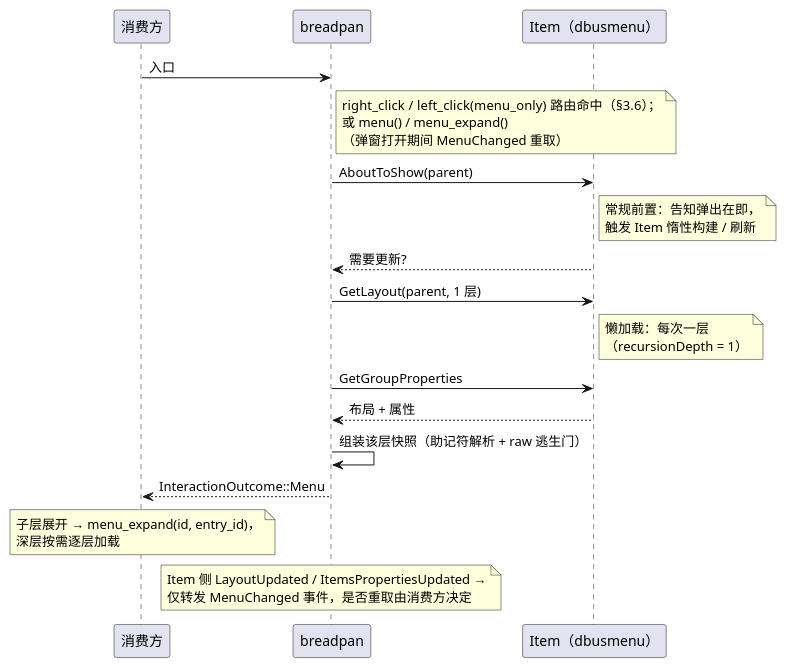
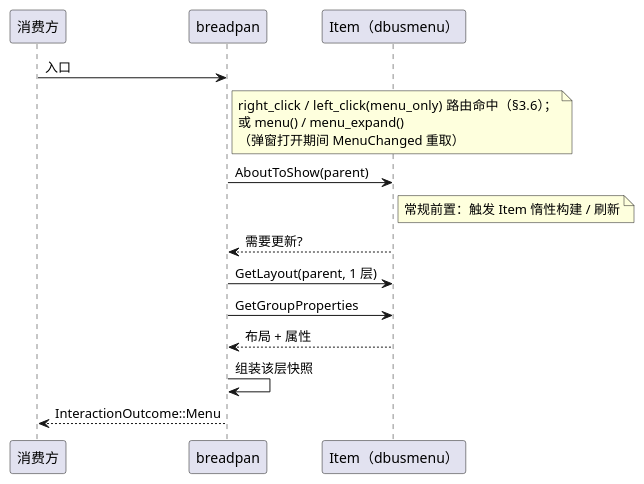
The diagram in breadpan/diagram/breadpan-menu.puml (54m43lJ/BreadKnife), drawn with PlantUML before and after one commit. The commit also changed 10 other files, not shown here.

First line of the commit message:
docs(breadpan): CODE 通用约定章置空（引用改链 ARCHITECTURE §2）；五图与 ARCH 正文去重并重导出

```diff
--- a/breadpan/diagram/breadpan-menu.puml
+++ b/breadpan/diagram/breadpan-menu.puml
@@ -1,35 +1,22 @@
 @startuml breadpan-menu
 participant 消费方
 participant breadpan
 participant "Item（dbusmenu）" as item
 
 消费方 -> breadpan: 入口
 note right of breadpan
   right_click / left_click(menu_only) 路由命中（§3.6）；
   或 menu() / menu_expand()
   （弹窗打开期间 MenuChanged 重取）
 end note
 breadpan -> item: AboutToShow(parent)
 note right of item
-  常规前置：告知弹出在即，
-  触发 Item 惰性构建 / 刷新
+  常规前置：触发 Item 惰性构建 / 刷新
 end note
 item --> breadpan: 需要更新?
 breadpan -> item: GetLayout(parent, 1 层)
-note right of item
-  懒加载：每次一层
-  （recursionDepth = 1）
-end note
 breadpan -> item: GetGroupProperties
 item --> breadpan: 布局 + 属性
-breadpan -> breadpan: 组装该层快照（助记符解析 + raw 逃生门）
+breadpan -> breadpan: 组装该层快照
 breadpan --> 消费方: InteractionOutcome::Menu
-note over 消费方
-  子层展开 → menu_expand(id, entry_id)，
-  深层按需逐层加载
-end note
-note over breadpan
-  Item 侧 LayoutUpdated / ItemsPropertiesUpdated →
-  仅转发 MenuChanged 事件，是否重取由消费方决定
-end note
 @enduml
```
